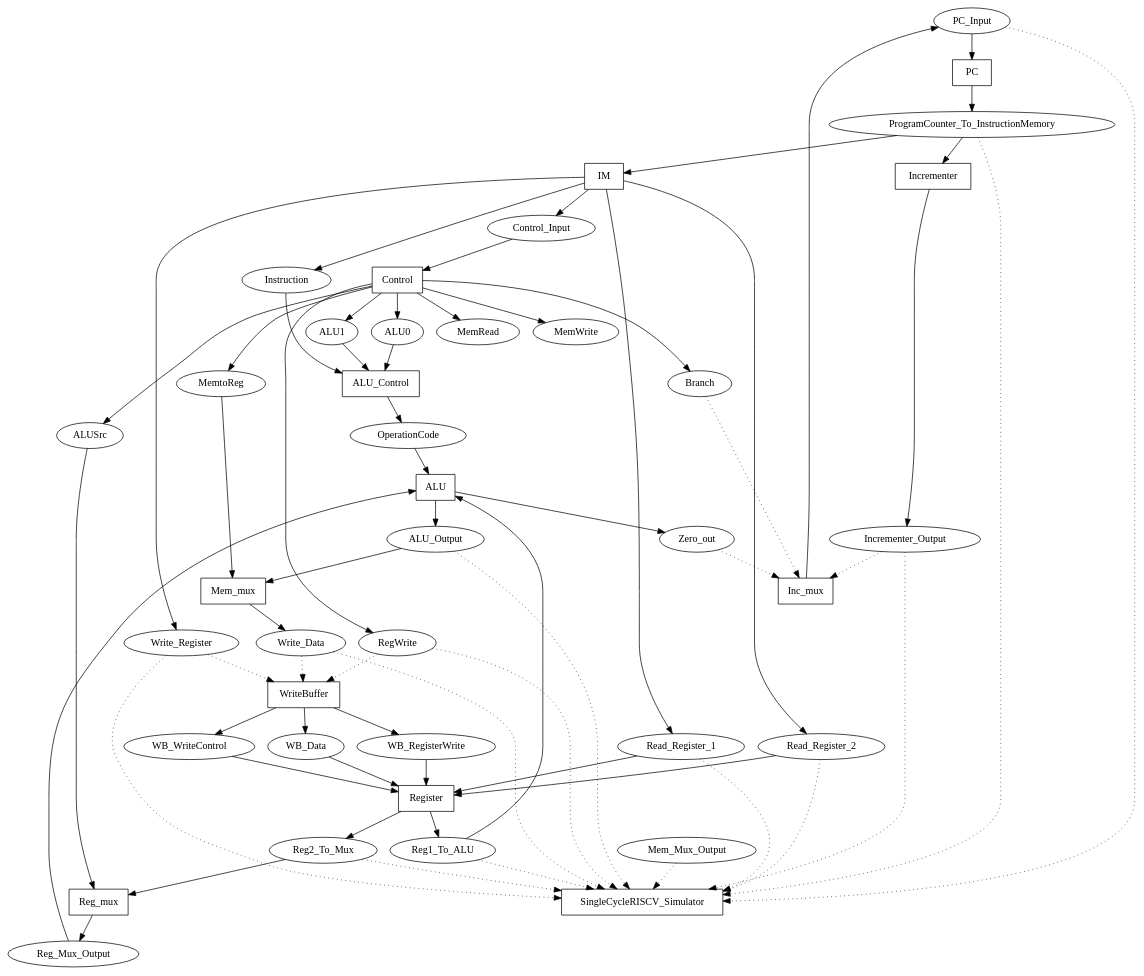
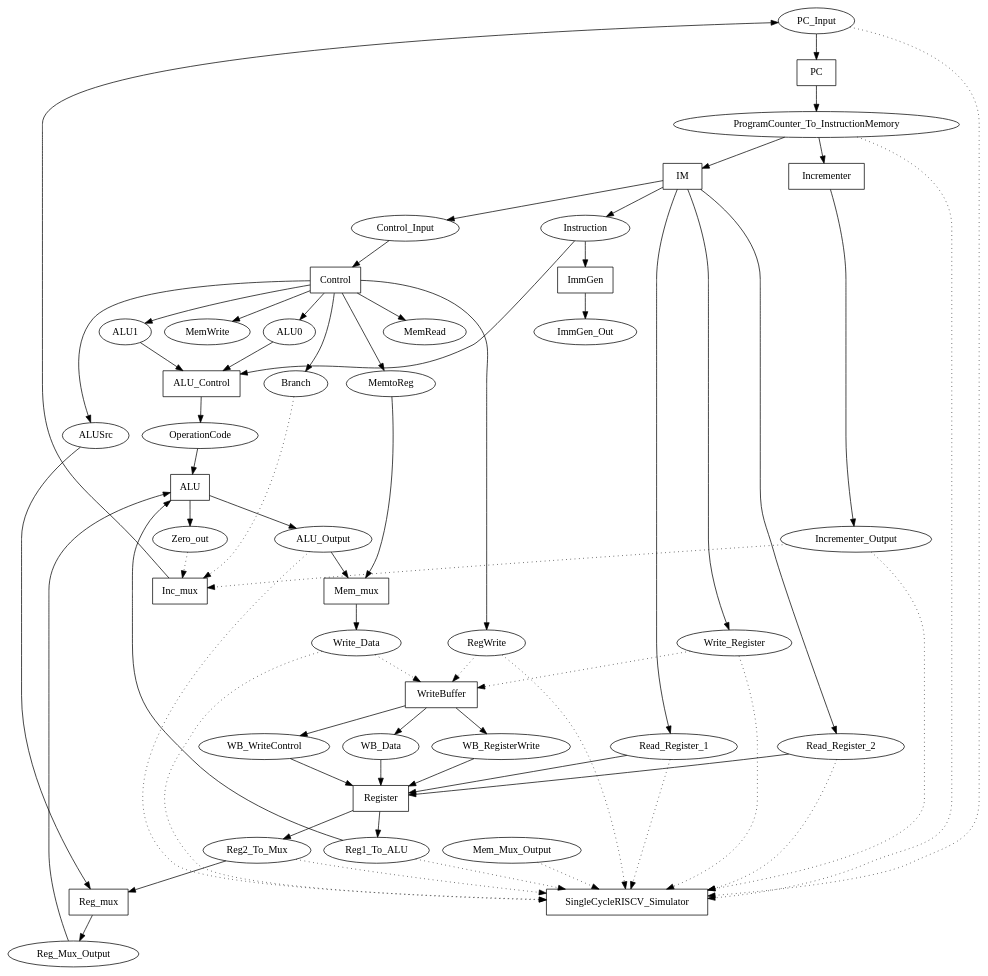
Before and after one commit to DanielRamyar/Master_Thesis: the diagram in SME_Implementations/SingleCycleRISCV/output/network.dot, drawn with Graphviz. The commit also changed 48 other files, not shown here.

```diff
--- a/SME_Implementations/SingleCycleRISCV/output/network.dot
+++ b/SME_Implementations/SingleCycleRISCV/output/network.dot
@@ -1,104 +1,108 @@
 digraph SingleCycleRISCV {
 "PC_Input" [shape=oval];
 "ProgramCounter_To_InstructionMemory" [shape=oval];
+"Instruction" [shape=oval];
 "Control_Input" [shape=oval];
 "ALU1" [shape=oval];
 "ALU0" [shape=oval];
-"Instruction" [shape=oval];
 "Read_Register_1" [shape=oval];
 "Read_Register_2" [shape=oval];
 "WB_Data" [shape=oval];
 "WB_RegisterWrite" [shape=oval];
 "WB_WriteControl" [shape=oval];
 "OperationCode" [shape=oval];
 "Reg1_To_ALU" [shape=oval];
 "Reg_Mux_Output" [shape=oval];
 "Reg2_To_Mux" [shape=oval];
 "ALUSrc" [shape=oval];
 "ALU_Output" [shape=oval];
 "MemtoReg" [shape=oval];
 "Incrementer_Output" [shape=oval];
 "Write_Register" [shape=oval];
+"ImmGen_Out" [shape=oval];
 "RegWrite" [shape=oval];
 "MemRead" [shape=oval];
 "MemWrite" [shape=oval];
 "Branch" [shape=oval];
 "Zero_out" [shape=oval];
 "Write_Data" [shape=oval];
 "Mem_Mux_Output" [shape=oval];
 "PC" [shape=box];
 "Incrementer" [shape=box];
 "IM" [shape=box];
+"ImmGen" [shape=box];
+"ALU_Control" [shape=box];
 "Control" [shape=box];
-"ALU_Control" [shape=box];
 "Register" [shape=box];
 "ALU" [shape=box];
 "Reg_mux" [shape=box];
 "Mem_mux" [shape=box];
 "Inc_mux" [shape=box];
 "WriteBuffer" [shape=box];
 "SingleCycleRISCV_Simulator" [shape=box];
 "PC_Input" -> "PC";
 "ProgramCounter_To_InstructionMemory" -> "Incrementer";
 "ProgramCounter_To_InstructionMemory" -> "IM";
+"Instruction" -> "ImmGen";
+"Instruction" -> "ALU_Control";
 "Control_Input" -> "Control";
 "ALU1" -> "ALU_Control";
 "ALU0" -> "ALU_Control";
-"Instruction" -> "ALU_Control";
 "Read_Register_1" -> "Register";
 "Read_Register_2" -> "Register";
 "WB_Data" -> "Register";
 "WB_RegisterWrite" -> "Register";
 "WB_WriteControl" -> "Register";
 "OperationCode" -> "ALU";
 "Reg1_To_ALU" -> "ALU";
 "Reg_Mux_Output" -> "ALU";
 "Reg2_To_Mux" -> "Reg_mux";
 "ALUSrc" -> "Reg_mux";
 "ALU_Output" -> "Mem_mux";
 "MemtoReg" -> "Mem_mux";
 "PC" -> "ProgramCounter_To_InstructionMemory";
 "Incrementer" -> "Incrementer_Output";
 "Inc_mux" -> "PC_Input";
 "IM" -> "Read_Register_1";
 "IM" -> "Read_Register_2";
 "IM" -> "Write_Register";
 "IM" -> "Control_Input";
 "IM" -> "Instruction";
+"ImmGen" -> "ImmGen_Out";
 "Control" -> "ALUSrc";
 "Control" -> "MemtoReg";
 "Control" -> "RegWrite";
 "Control" -> "MemRead";
 "Control" -> "MemWrite";
 "Control" -> "Branch";
 "Control" -> "ALU1";
 "Control" -> "ALU0";
 "ALU_Control" -> "OperationCode";
 "Register" -> "Reg1_To_ALU";
 "Register" -> "Reg2_To_Mux";
 "ALU" -> "ALU_Output";
 "ALU" -> "Zero_out";
 "Reg_mux" -> "Reg_Mux_Output";
 "Mem_mux" -> "Write_Data";
 "WriteBuffer" -> "WB_Data";
 "WriteBuffer" -> "WB_RegisterWrite";
 "WriteBuffer" -> "WB_WriteControl";
 "ProgramCounter_To_InstructionMemory" -> "SingleCycleRISCV_Simulator" [style=dotted];
 "PC_Input" -> "SingleCycleRISCV_Simulator" [style=dotted];
 "Incrementer_Output" -> "SingleCycleRISCV_Simulator" [style=dotted];
 "Incrementer_Output" -> "Inc_mux" [style=dotted];
 "Read_Register_1" -> "SingleCycleRISCV_Simulator" [style=dotted];
 "Read_Register_2" -> "SingleCycleRISCV_Simulator" [style=dotted];
 "Write_Register" -> "SingleCycleRISCV_Simulator" [style=dotted];
 "Write_Register" -> "WriteBuffer" [style=dotted];
 "Write_Data" -> "SingleCycleRISCV_Simulator" [style=dotted];
 "Write_Data" -> "WriteBuffer" [style=dotted];
 "RegWrite" -> "SingleCycleRISCV_Simulator" [style=dotted];
 "RegWrite" -> "WriteBuffer" [style=dotted];
 "Reg1_To_ALU" -> "SingleCycleRISCV_Simulator" [style=dotted];
 "Reg2_To_Mux" -> "SingleCycleRISCV_Simulator" [style=dotted];
 "ALU_Output" -> "SingleCycleRISCV_Simulator" [style=dotted];
 "Mem_Mux_Output" -> "SingleCycleRISCV_Simulator" [style=dotted];
 "Zero_out" -> "Inc_mux" [style=dotted];
 "Branch" -> "Inc_mux" [style=dotted];
 }
```
